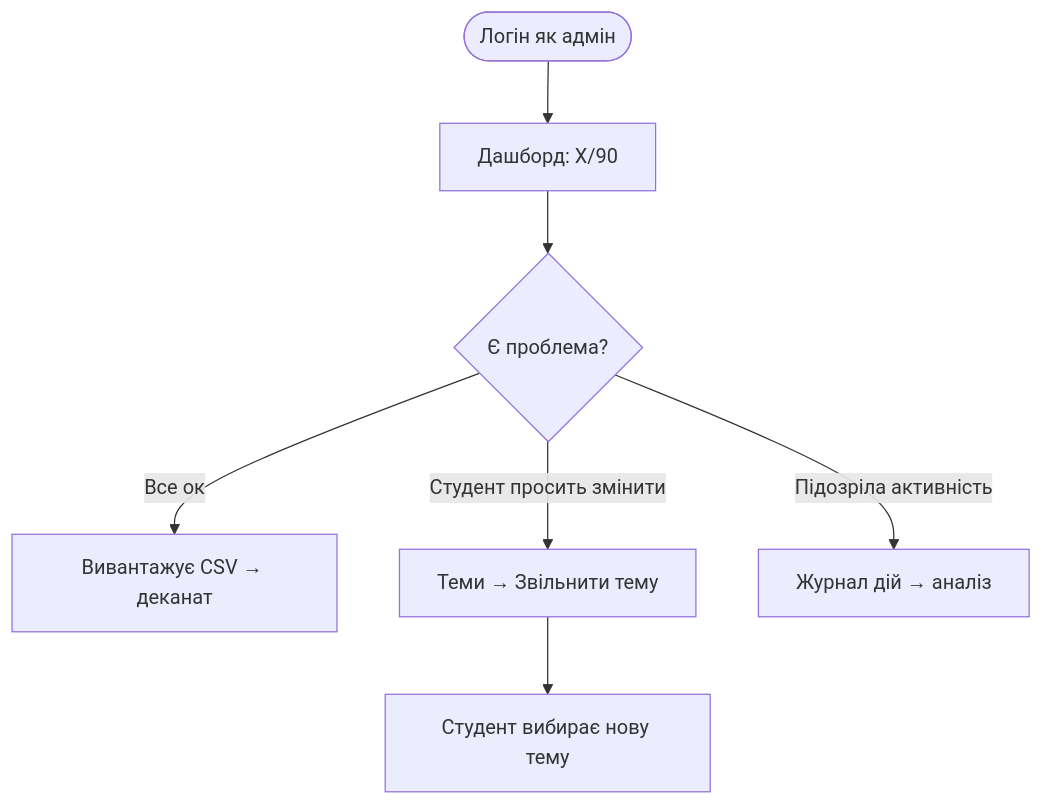
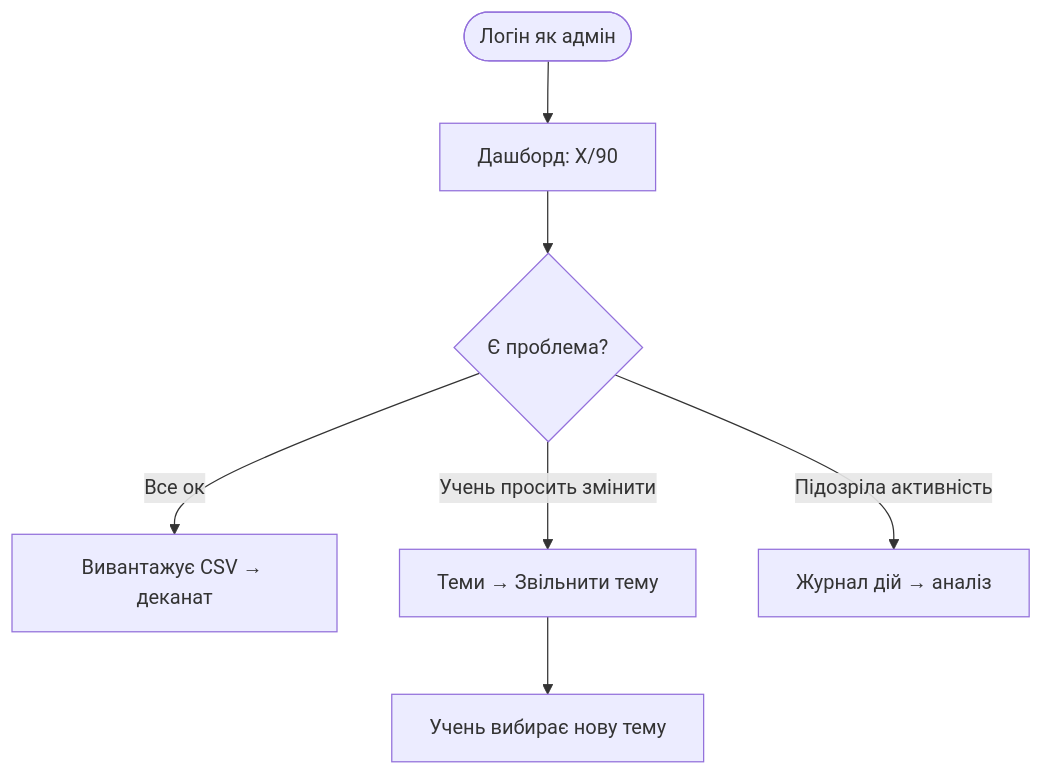
One commit to StanSys8/lit changed the fifth of 5 diagrams in _bmad-output/planning-artifacts/ux-design-specification.md. Above: the diagram before and after it, drawn with Mermaid. The commit also changed other lines of this file and 21 other files, not shown here.

````diff
--- a/_bmad-output/planning-artifacts/ux-design-specification.md
+++ b/_bmad-output/planning-artifacts/ux-design-specification.md
@@ -418,9 +418,9 @@
 ```mermaid
 flowchart TD
     A([Логін як адмін]) --> B[Дашборд: X/90]
     B --> C{Є проблема?}
     C -->|Все ок| D[Вивантажує CSV → деканат]
-    C -->|Студент просить змінити| E[Теми → Звільнити тему]
-    E --> F[Студент вибирає нову тему]
+    C -->|Учень просить змінити| E[Теми → Звільнити тему]
+    E --> F[Учень вибирає нову тему]
     C -->|Підозріла активність| G[Журнал дій → аналіз]
 ```
````
